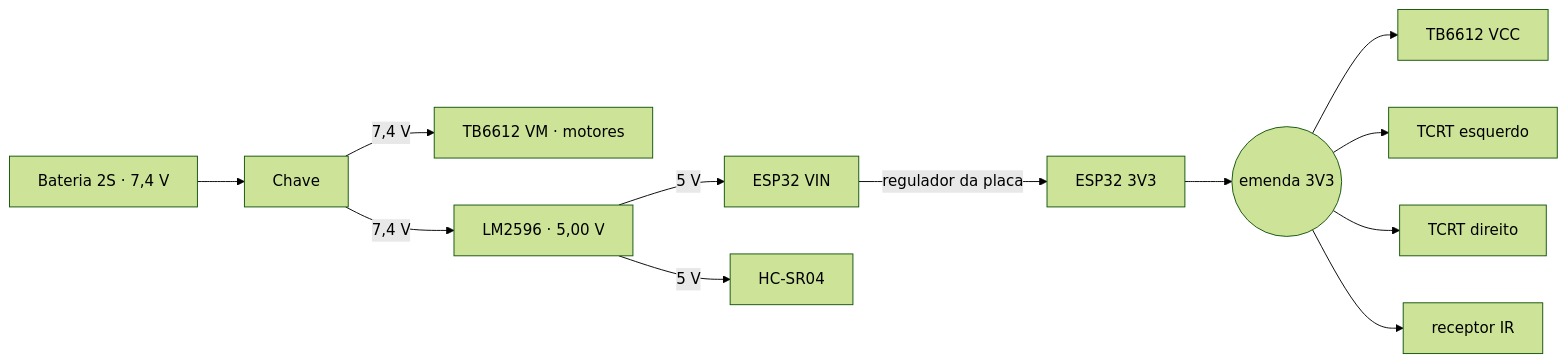
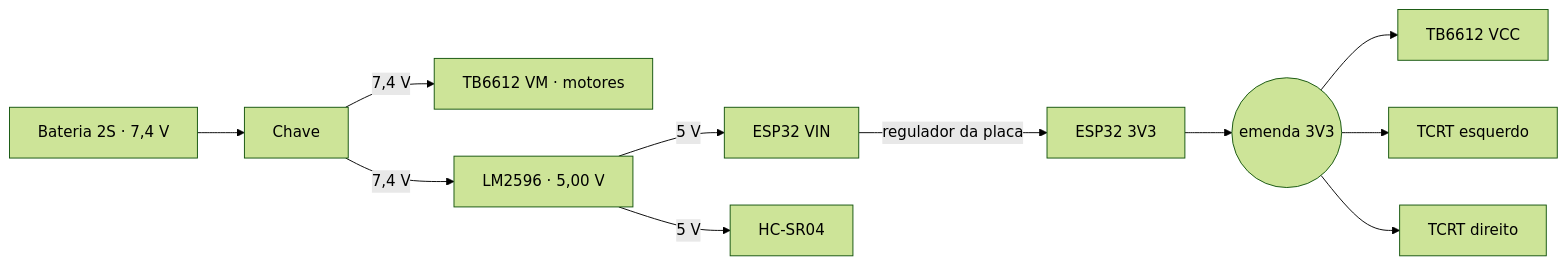
Before and after one commit to MatheusCortes02/Guerreiros-de-Realengo-Robo-sumo: the diagram in README.md, drawn with Mermaid (forest theme). The commit also changed other lines of this file and 8 other files, not shown here.

Commit message:
Robo 100% autonomo: sem receptor IR, largada pela chave com 5 s de espera; manual, site, diagramas e README atualizados

````diff
--- a/README.md
+++ b/README.md
@@ -144,14 +144,13 @@
 ```mermaid
 flowchart LR
   BAT["Bateria 2S · 7,4 V"] --> CH["Chave"]
   CH -->|7,4 V| VM["TB6612 VM · motores"]
   CH -->|7,4 V| LM["LM2596 · 5,00 V"]
   LM -->|5 V| VIN["ESP32 VIN"]
   LM -->|5 V| HC["HC-SR04"]
   VIN -->|regulador da placa| V33["ESP32 3V3"]
   V33 --> EM(("emenda 3V3"))
   EM --> TBV["TB6612 VCC"]
   EM --> TE["TCRT esquerdo"]
   EM --> TD["TCRT direito"]
-  EM --> IR["receptor IR"]
 ```
````
